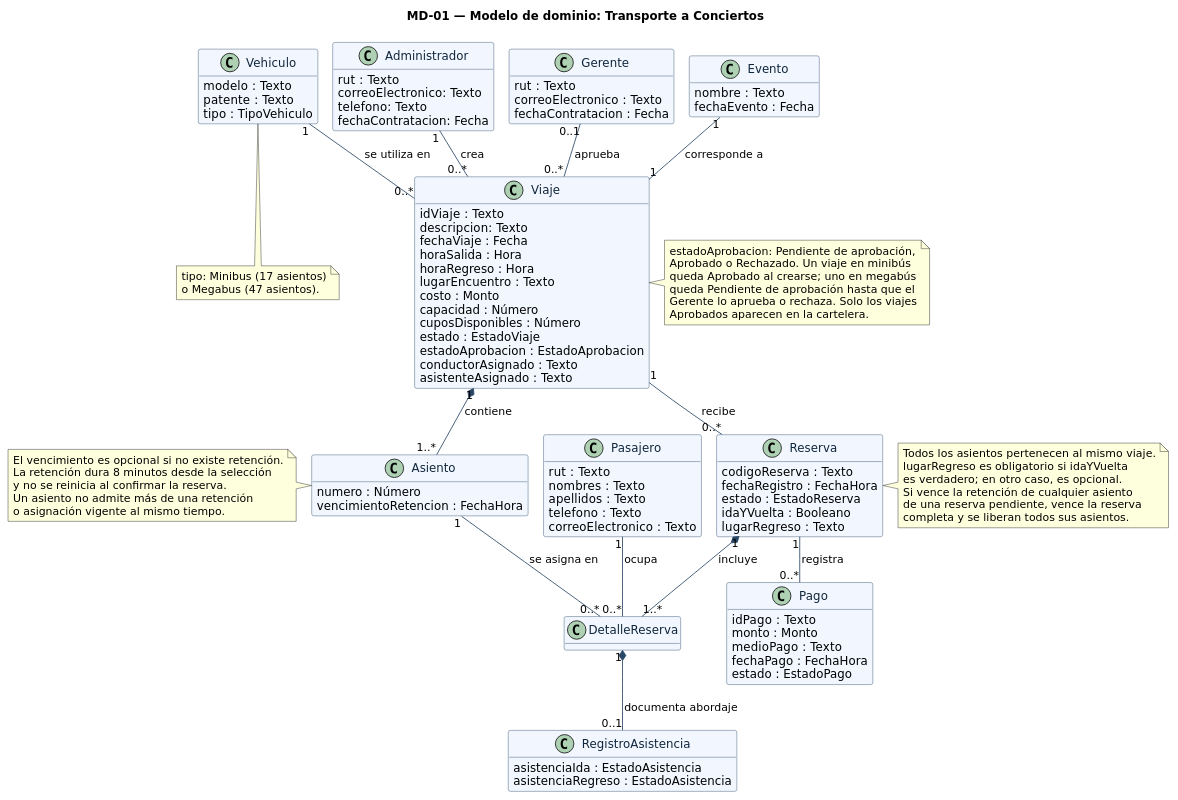
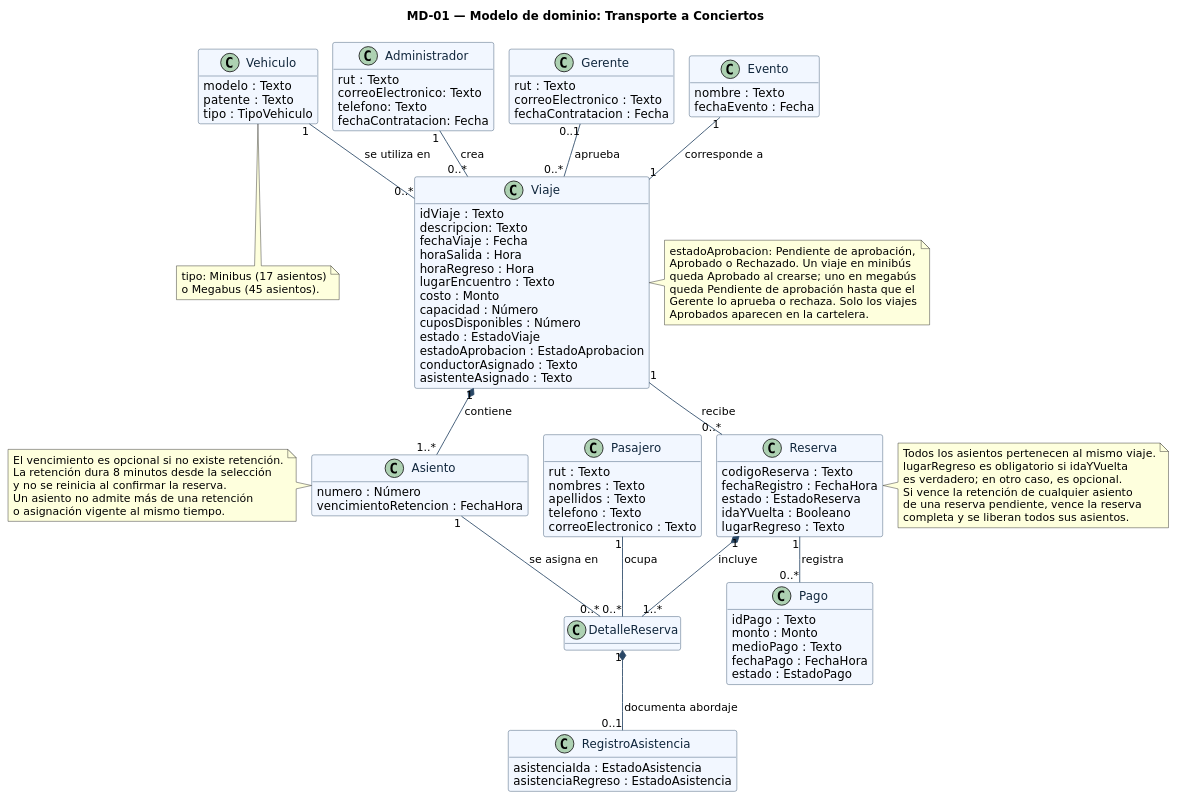
One commit to IngReqGrupo2/Proyecto_TransporteHaciaConcierto changed the diagram in diagramas/modelo-dominio.puml. Above: the diagram before and after it, drawn with PlantUML. The commit also changed 5 other files, not shown here.

```diff
--- a/diagramas/modelo-dominio.puml
+++ b/diagramas/modelo-dominio.puml
@@ -1,125 +1,125 @@
 @startuml
 !pragma layout smetana
 title MD-01 — Modelo de dominio: Transporte a Conciertos
 skinparam backgroundColor #FFFFFF
 skinparam classAttributeIconSize 0
 skinparam shadowing false
 skinparam defaultFontName DejaVu Sans
 skinparam class {
   BackgroundColor #F2F7FF
   BorderColor #294766
   ArrowColor #294766
   FontColor #10263C
 }
 hide methods
 class Evento {
   nombre : Texto
   fechaEvento : Fecha
 }
 class Viaje {
   idViaje : Texto
   descripcion: Texto
   fechaViaje : Fecha
   horaSalida : Hora
   horaRegreso : Hora
   lugarEncuentro : Texto
   costo : Monto
   capacidad : Número
   cuposDisponibles : Número
   estado : EstadoViaje
   estadoAprobacion : EstadoAprobacion
   conductorAsignado : Texto
   asistenteAsignado : Texto
 }
 class Asiento {
   numero : Número
   vencimientoRetencion : FechaHora
 }
 class Vehiculo {
   modelo : Texto
   patente : Texto
   tipo : TipoVehiculo
 }
 class Administrador{
   rut : Texto
   correoElectronico: Texto
   telefono: Texto
   fechaContratacion: Fecha
 }
 class Pasajero {
   rut : Texto
   nombres : Texto
   apellidos : Texto
   telefono : Texto
   correoElectronico : Texto
 }
 class Reserva {
   codigoReserva : Texto
   fechaRegistro : FechaHora
   estado : EstadoReserva
   idaYVuelta : Booleano
   lugarRegreso : Texto
 }
 class DetalleReserva {
 }
 
 class Pago {
   idPago : Texto
   monto : Monto
   medioPago : Texto
   fechaPago : FechaHora
   estado : EstadoPago
 }
 class RegistroAsistencia {
   asistenciaIda : EstadoAsistencia
   asistenciaRegreso : EstadoAsistencia
 }
 
 class Gerente{
   rut : Texto
   correoElectronico : Texto
   fechaContratacion : Fecha
 }
 Evento "1" -- "1" Viaje : corresponde a
 Vehiculo "1" -- "0..*" Viaje : se utiliza en
 Viaje "1" *-- "1..*" Asiento : contiene
 Viaje "1" -- "0..*" Reserva : recibe
 Reserva "1" *-- "1..*" DetalleReserva : incluye
 Asiento "1" -- "0..*" DetalleReserva : se asigna en
 Pasajero "1" -- "0..*" DetalleReserva : ocupa
 Reserva "1" -- "0..*" Pago : registra
 DetalleReserva "1" *-- "0..1" RegistroAsistencia : documenta abordaje
 Administrador "1" -- "0..*" Viaje : crea
 Gerente "0..1" -- "0..*" Viaje : aprueba
 
 note left of Asiento
   El vencimiento es opcional si no existe retención.
   La retención dura 8 minutos desde la selección
   y no se reinicia al confirmar la reserva.
   Un asiento no admite más de una retención
   o asignación vigente al mismo tiempo.
 end note
 
 note right of Reserva
   Todos los asientos pertenecen al mismo viaje.
   lugarRegreso es obligatorio si idaYVuelta
   es verdadero; en otro caso, es opcional.
   Si vence la retención de cualquier asiento
   de una reserva pendiente, vence la reserva
   completa y se liberan todos sus asientos.
 end note
 
 note right of Viaje
   estadoAprobacion: Pendiente de aprobación,
   Aprobado o Rechazado. Un viaje en minibús
   queda Aprobado al crearse; uno en megabús
   queda Pendiente de aprobación hasta que el
   Gerente lo aprueba o rechaza. Solo los viajes
   Aprobados aparecen en la cartelera.
 end note
 
 note bottom of Vehiculo
   tipo: Minibus (17 asientos)
-  o Megabus (47 asientos).
+  o Megabus (45 asientos).
 end note
 @enduml
```
